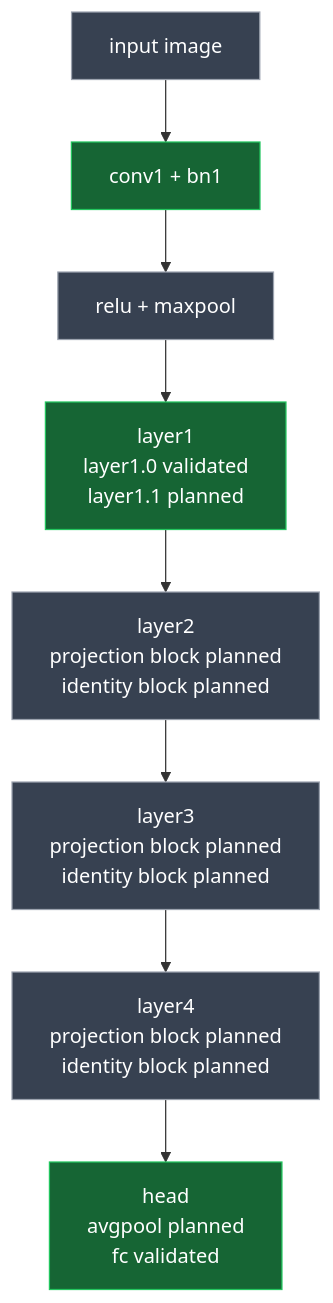
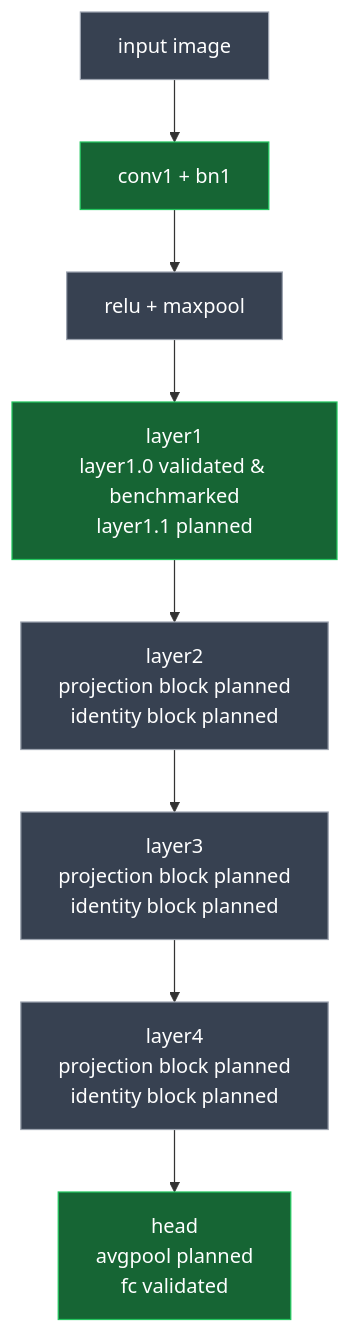
One commit to awaldm/dlinf changed the diagram in docs/resnet18_coverage.md. Above: the diagram before and after it, drawn with Mermaid. The commit also changed other lines of this file and 3 other files, not shown here.

````diff
--- a/docs/resnet18_coverage.md
+++ b/docs/resnet18_coverage.md
@@ -10,20 +10,20 @@
 ```mermaid
 flowchart TB
     input["input image"]
     convbn["conv1 + bn1"]
     relupool["relu + maxpool"]
-    layer1["layer1<br/>layer1.0 validated<br/>layer1.1 planned"]
+    layer1["layer1<br/>layer1.0 validated &amp; benchmarked<br/>layer1.1 planned"]
     layer2["layer2<br/>projection block planned<br/>identity block planned"]
     layer3["layer3<br/>projection block planned<br/>identity block planned"]
     layer4["layer4<br/>projection block planned<br/>identity block planned"]
     head["head<br/>avgpool planned<br/>fc validated"]
 
     input --> convbn --> relupool --> layer1 --> layer2 --> layer3 --> layer4 --> head
 
     classDef validated fill:#166534,stroke:#22c55e,color:#ffffff;
     classDef exported fill:#92400e,stroke:#f59e0b,color:#ffffff;
     classDef planned fill:#374151,stroke:#9ca3af,color:#ffffff;
 
     class convbn,layer1,head validated;
     class input,relupool,layer2,layer3,layer4 planned;
 ```
````
